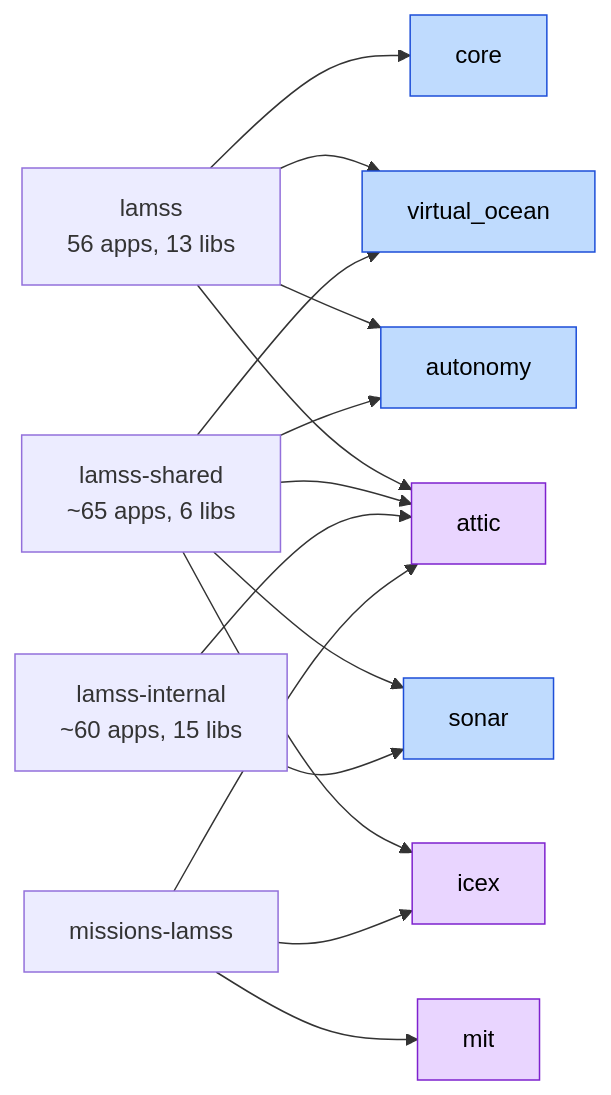
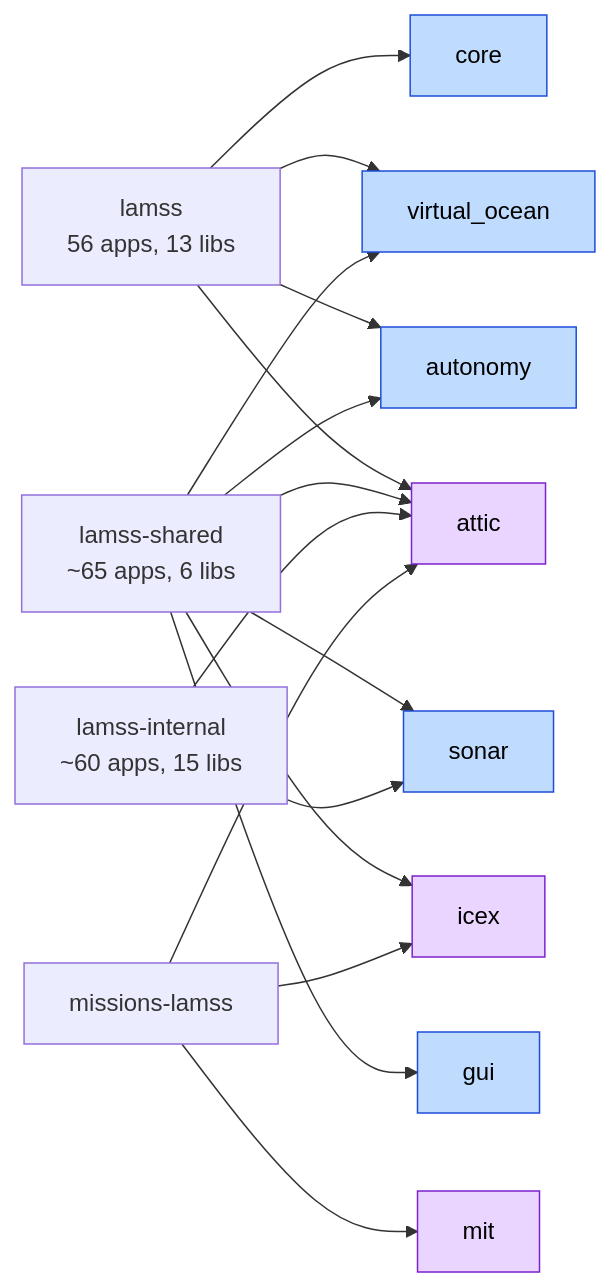
One commit to GobySoft/lamss3 changed the diagram in core/src/doc/plan/claude/01-source-inventory.md. Above: the diagram before and after it, drawn with Mermaid. The commit also changed other lines of this file and 9 other files, not shown here.

````diff
--- a/core/src/doc/plan/claude/01-source-inventory.md
+++ b/core/src/doc/plan/claude/01-source-inventory.md
@@ -27,26 +27,28 @@
 ```mermaid
 flowchart LR
   L[lamss<br/>56 apps, 13 libs] --> core
   L --> vo[virtual_ocean]
   L --> auton[autonomy]
   L --> attic
   S[lamss-shared<br/>~65 apps, 6 libs] --> auton
   S --> sonar
   S --> vo
   S --> icex
+  S --> gui
   S --> attic
   I[lamss-internal<br/>~60 apps, 15 libs] --> sonar
   I --> attic
   M[missions-lamss] --> mit
   M --> icex
   M --> attic
   core:::tb
+  gui:::tb
   auton:::tb
   sonar:::tb
   vo:::tb
   icex:::sub
   mit:::sub
   attic:::sub
   classDef tb fill:#bfdbfe,stroke:#1d4ed8,color:#000
   classDef sub fill:#e9d5ff,stroke:#7e22ce,color:#000
 ```
````
